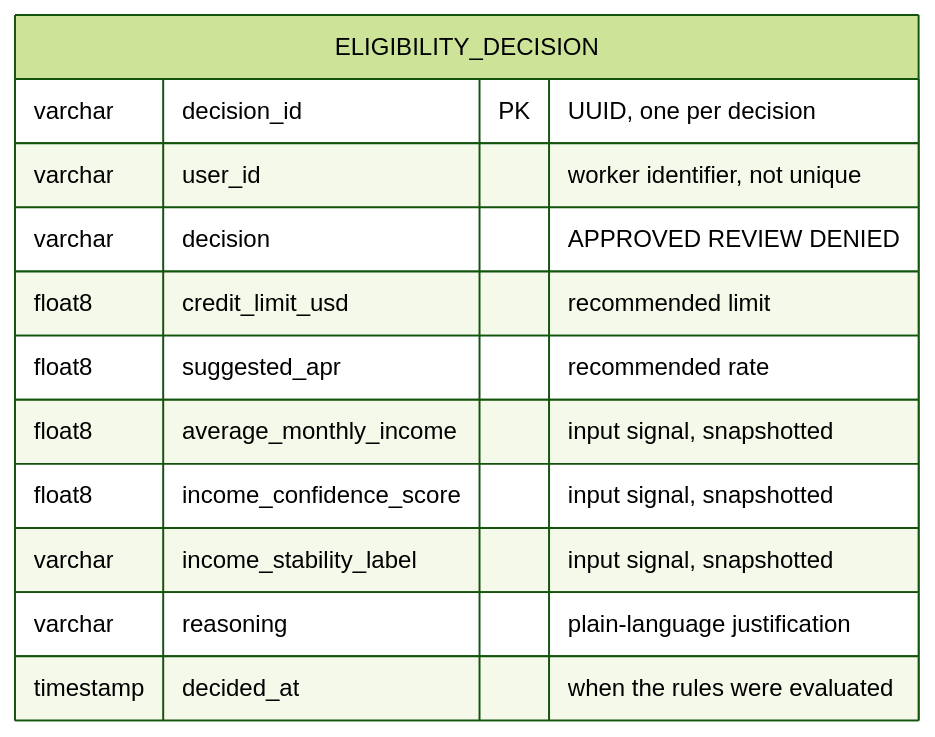
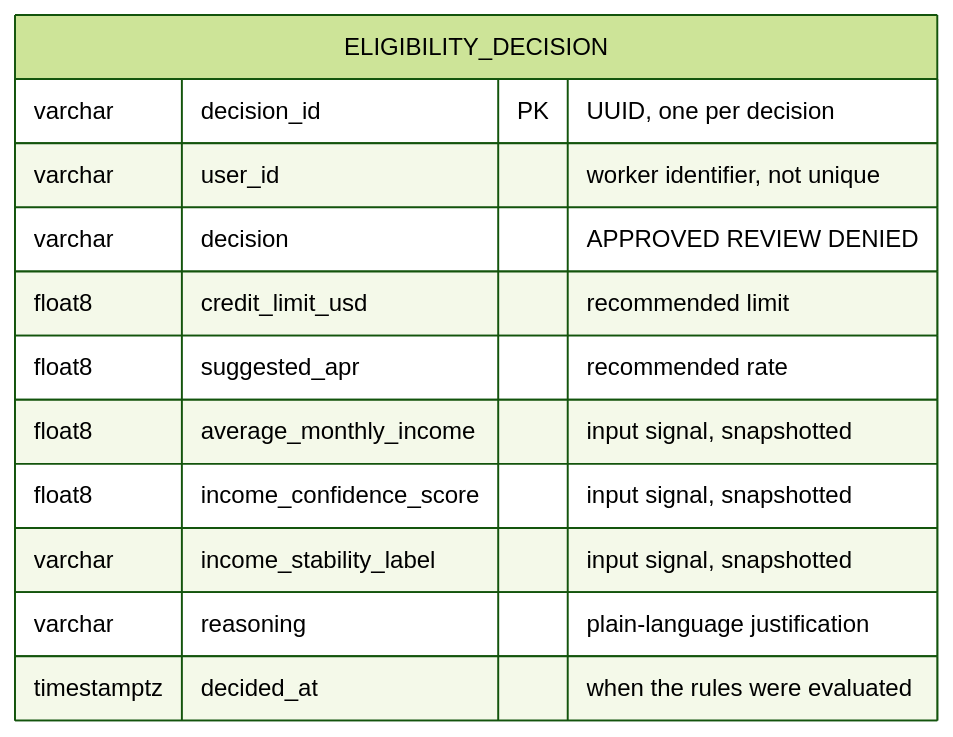
Before and after one commit to claytonmota/payroll-credit-mvp: the second of 4 diagrams in docs/data-model/README.md, drawn with Mermaid (forest theme). The commit also changed other lines of this file and 7 other files, not shown here.

First line of the commit message:
docs(data-model): verify against live schema, correct PostgreSQL and MongoDB

````diff
--- a/docs/data-model/README.md
+++ b/docs/data-model/README.md
@@ -90,15 +90,15 @@
 ```mermaid
 erDiagram
     ELIGIBILITY_DECISION {
         varchar decision_id PK "UUID, one per decision"
         varchar user_id "worker identifier, not unique"
         varchar decision "APPROVED REVIEW DENIED"
         float8 credit_limit_usd "recommended limit"
         float8 suggested_apr "recommended rate"
         float8 average_monthly_income "input signal, snapshotted"
         float8 income_confidence_score "input signal, snapshotted"
         varchar income_stability_label "input signal, snapshotted"
         varchar reasoning "plain-language justification"
-        timestamp decided_at "when the rules were evaluated"
+        timestamptz decided_at "when the rules were evaluated"
     }
 ```
````
